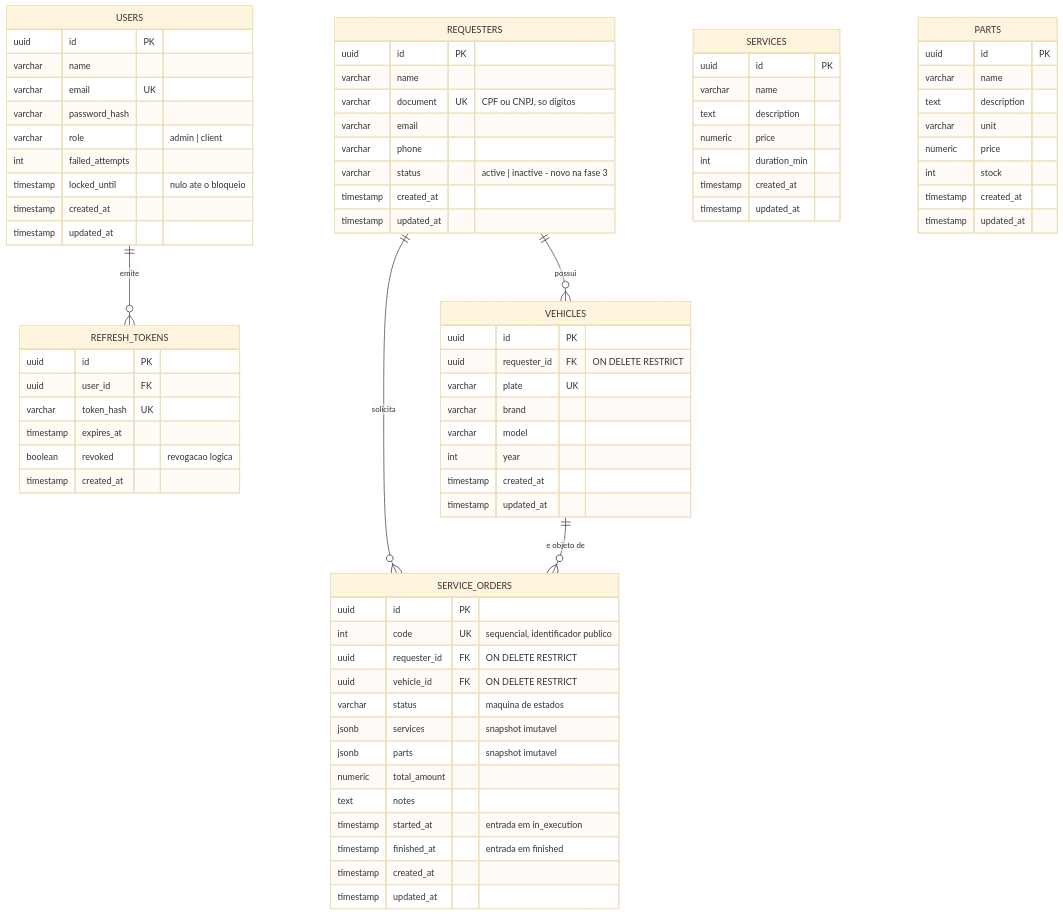
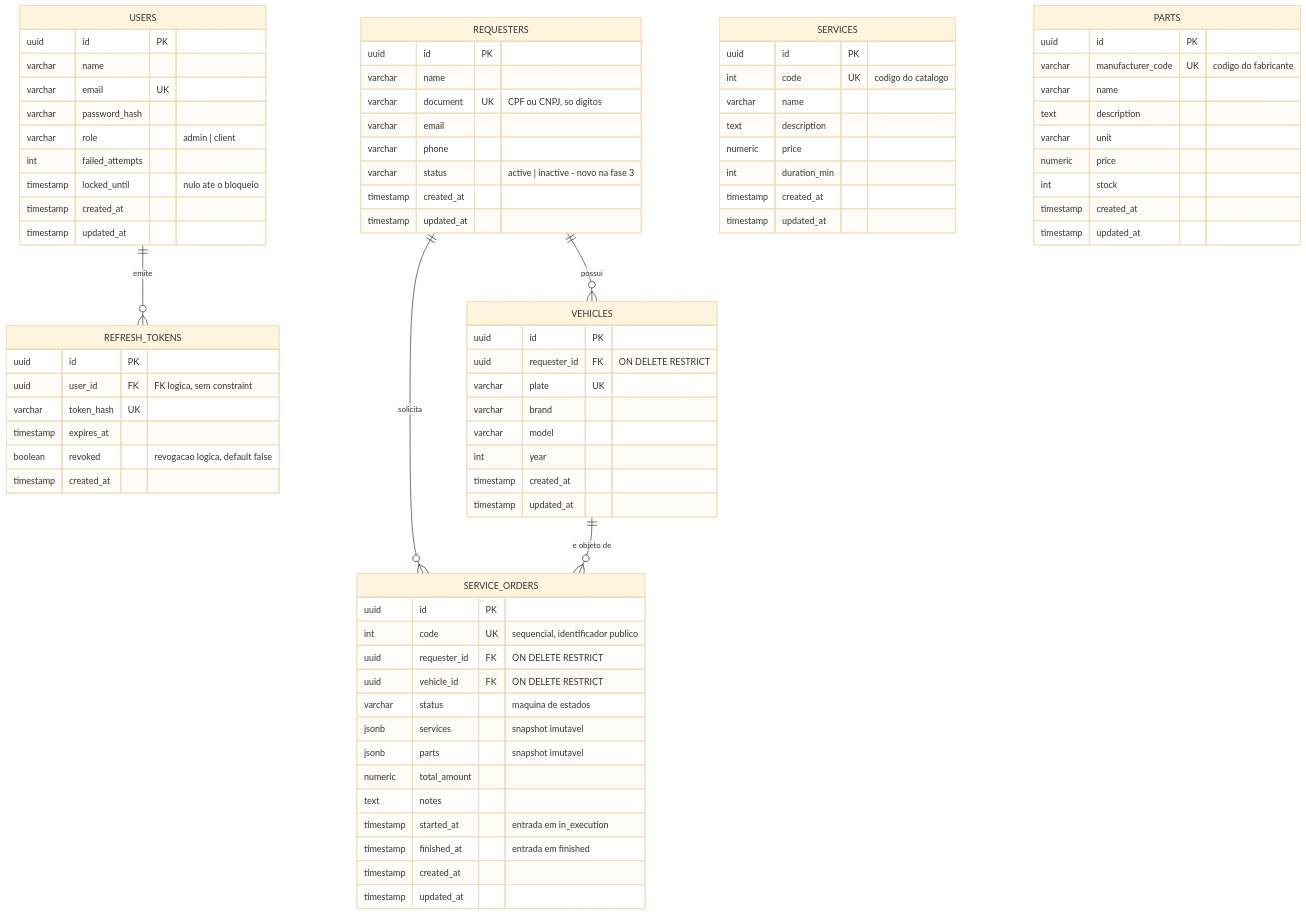
Before and after one commit to Kc1t/postech-tc3-app: the first of 2 diagrams in docs/MODELAGEM_DE_DADOS.md, drawn with Mermaid (base theme). The commit also changed other lines of this file and 15 other files, not shown here.

```diff
--- a/docs/MODELAGEM_DE_DADOS.md
+++ b/docs/MODELAGEM_DE_DADOS.md
@@ -31,10 +31,10 @@
 
     REFRESH_TOKENS {
         uuid id PK
-        uuid user_id FK
+        uuid user_id FK "FK logica, sem constraint"
         varchar token_hash UK
         timestamp expires_at
-        boolean revoked "revogacao logica"
+        boolean revoked "revogacao logica, default false"
         timestamp created_at
     }
 
@@ -78,6 +78,7 @@
 
     SERVICES {
         uuid id PK
+        int code UK "codigo do catalogo"
         varchar name
         text description
         numeric price
@@ -88,6 +89,7 @@
 
     PARTS {
         uuid id PK
+        varchar manufacturer_code UK "codigo do fabricante"
         varchar name
         text description
         varchar unit
```
